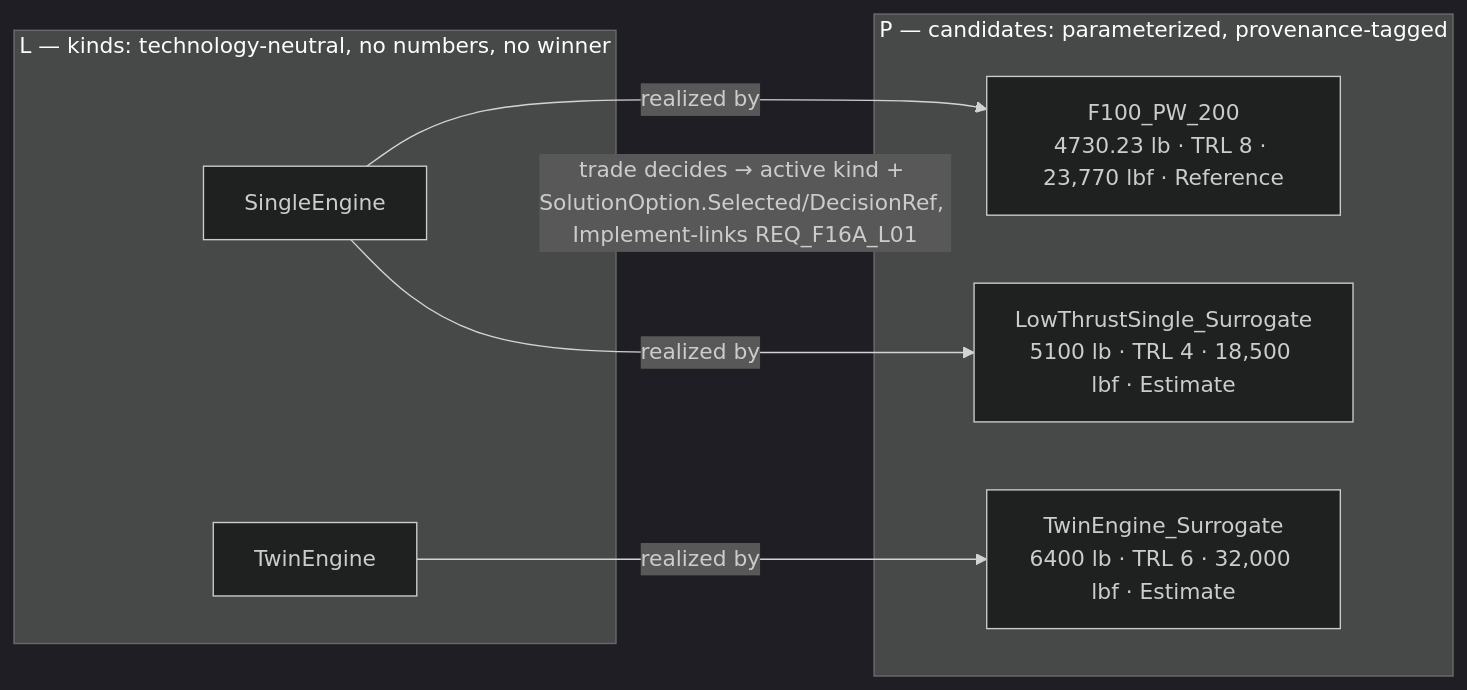
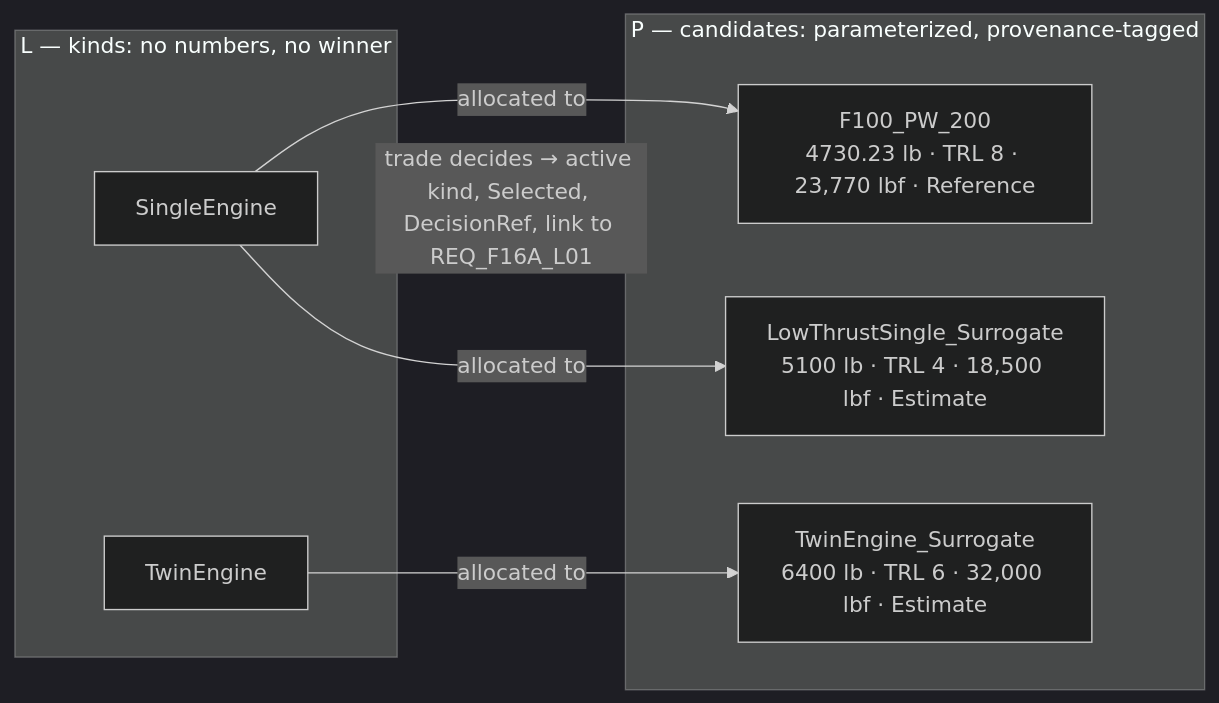
Before and after one commit to Idopt-Lab/air-vehicle-design: the diagram in air_vehicle_design/mbse/examples/f16a/docs/06_methodology.md, drawn with Mermaid (dark theme). The commit also changed other lines of this file and 26 other files, not shown here.

````diff
--- a/air_vehicle_design/mbse/examples/f16a/docs/06_methodology.md
+++ b/air_vehicle_design/mbse/examples/f16a/docs/06_methodology.md
@@ -30,16 +27,16 @@
 ```mermaid
 graph LR
-  subgraph L["L — kinds: technology-neutral, no numbers, no winner"]
+  subgraph L["L — kinds: no numbers, no winner"]
     K1["SingleEngine"]
     K2["TwinEngine"]
   end
   subgraph P["P — candidates: parameterized, provenance-tagged"]
     C1["F100_PW_200<br/>4730.23 lb · TRL 8 · 23,770 lbf · Reference"]
     C2["LowThrustSingle_Surrogate<br/>5100 lb · TRL 4 · 18,500 lbf · Estimate"]
     C3["TwinEngine_Surrogate<br/>6400 lb · TRL 6 · 32,000 lbf · Estimate"]
   end
-  K1 -- "realized by" --> C1
-  K1 -- "realized by" --> C2
-  K2 -- "realized by" --> C3
-  P -. "trade decides → active kind + SolutionOption.Selected/DecisionRef, Implement-links REQ_F16A_L01" .-> L
+  K1 -- "allocated to" --> C1
+  K1 -- "allocated to" --> C2
+  K2 -- "allocated to" --> C3
+  P -. "trade decides → active kind, Selected, DecisionRef, link to REQ_F16A_L01" .-> L
 ```
````
